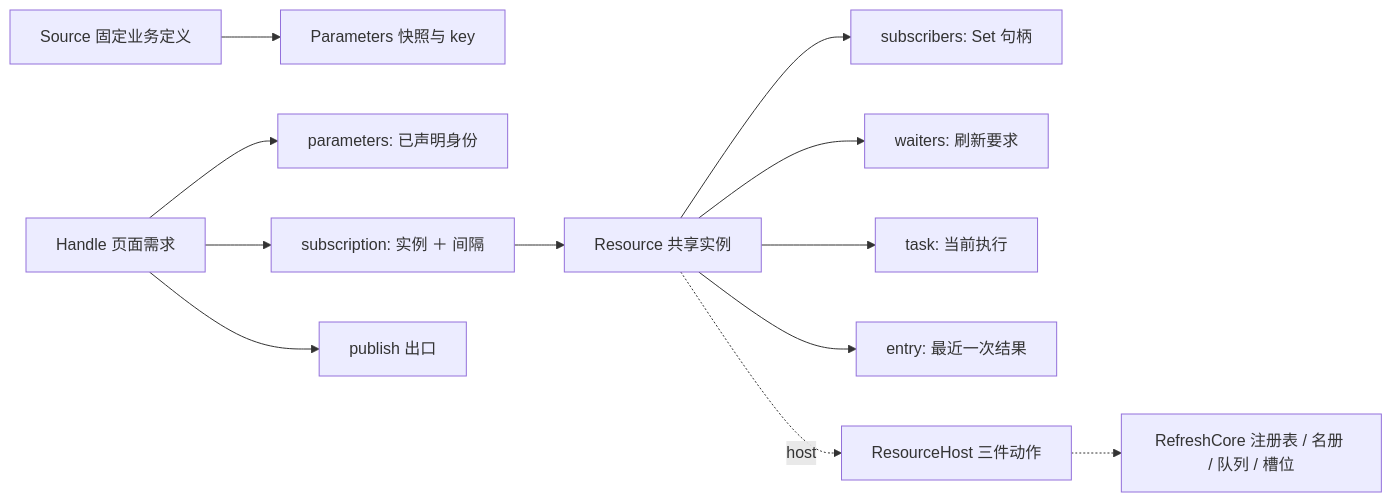
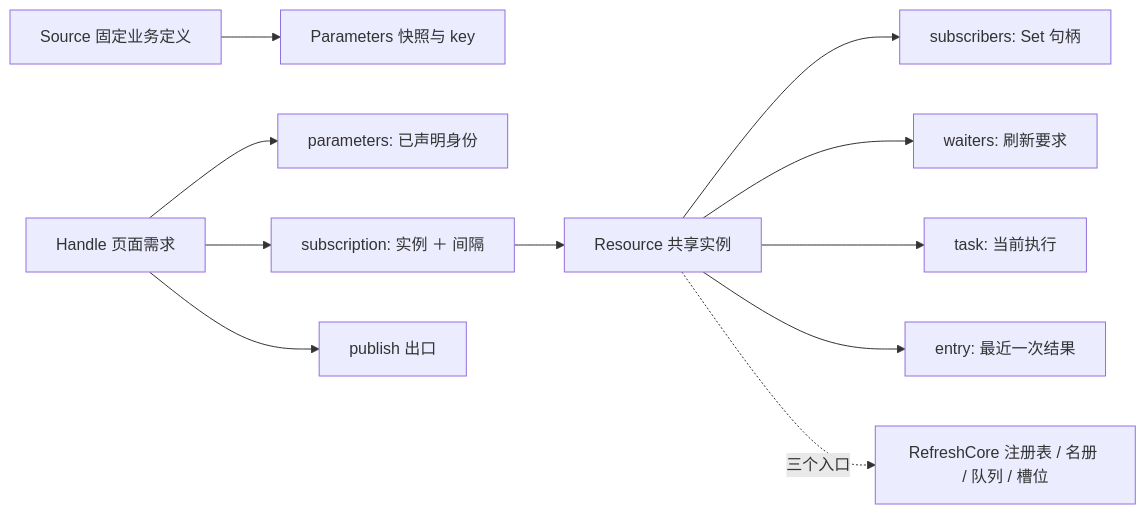
The diagram in DESIGN.md (anjing0524/vue-refresh), drawn with Mermaid before and after one commit. The commit also changed other lines of this file and 4 other files, not shown here.

Commit message:
Resource 直接持有核心、删掉 ResourceHost 那层包装（ADR-42）

````diff
--- a/DESIGN.md
+++ b/DESIGN.md
@@ -78,14 +78,13 @@
 ```mermaid
 flowchart LR
   Source[Source 固定业务定义] --> Parameters[Parameters 快照与 key]
   Handle[Handle 页面需求] --> Params[parameters: 已声明身份]
   Handle --> Sub[subscription: 实例 ＋ 间隔]
   Handle --> Pub[publish 出口]
   Sub --> Resource[Resource 共享实例]
   Resource --> Subs[subscribers: Set 句柄]
   Resource --> Waiters[waiters: 刷新要求]
   Resource --> Task[task: 当前执行]
   Resource --> Entry[entry: 最近一次结果]
-  Resource -. host .-> Host[ResourceHost 三件动作]
-  Host -.-> Core[RefreshCore 注册表 / 名册 / 队列 / 槽位]
+  Resource -. 三个入口 .-> Core[RefreshCore 注册表 / 名册 / 队列 / 槽位]
 ```
````
